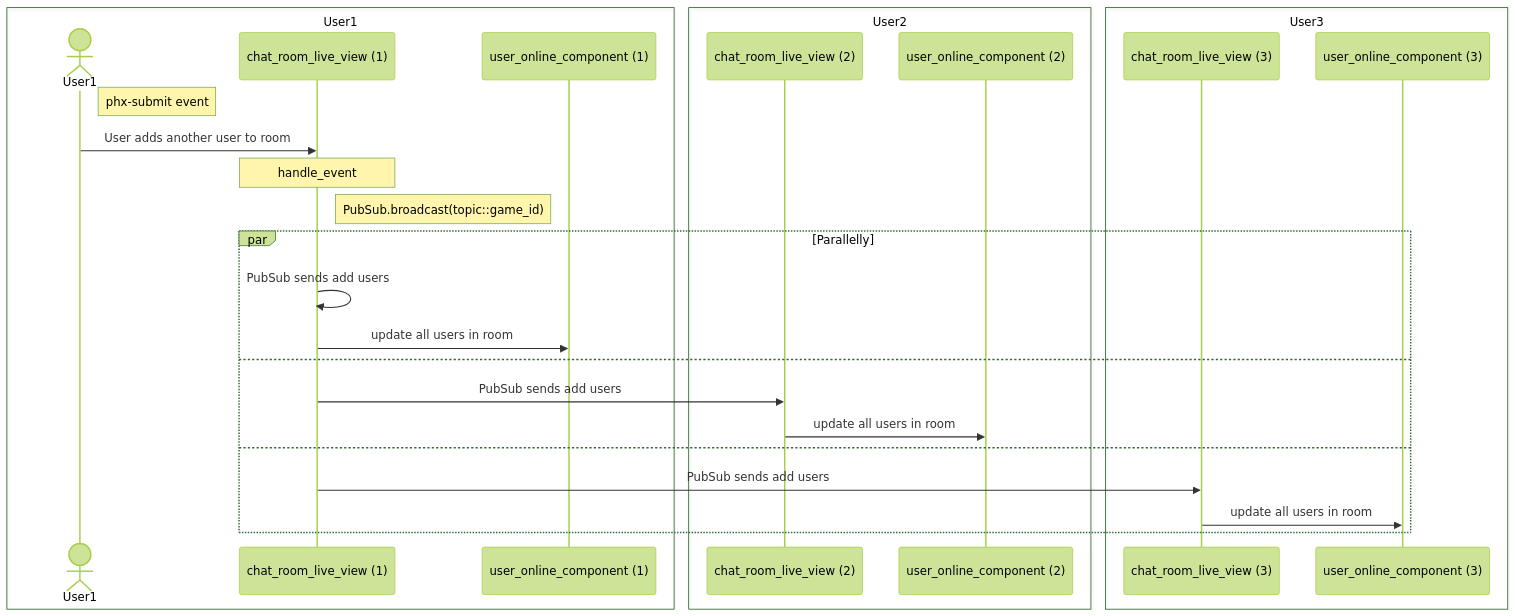
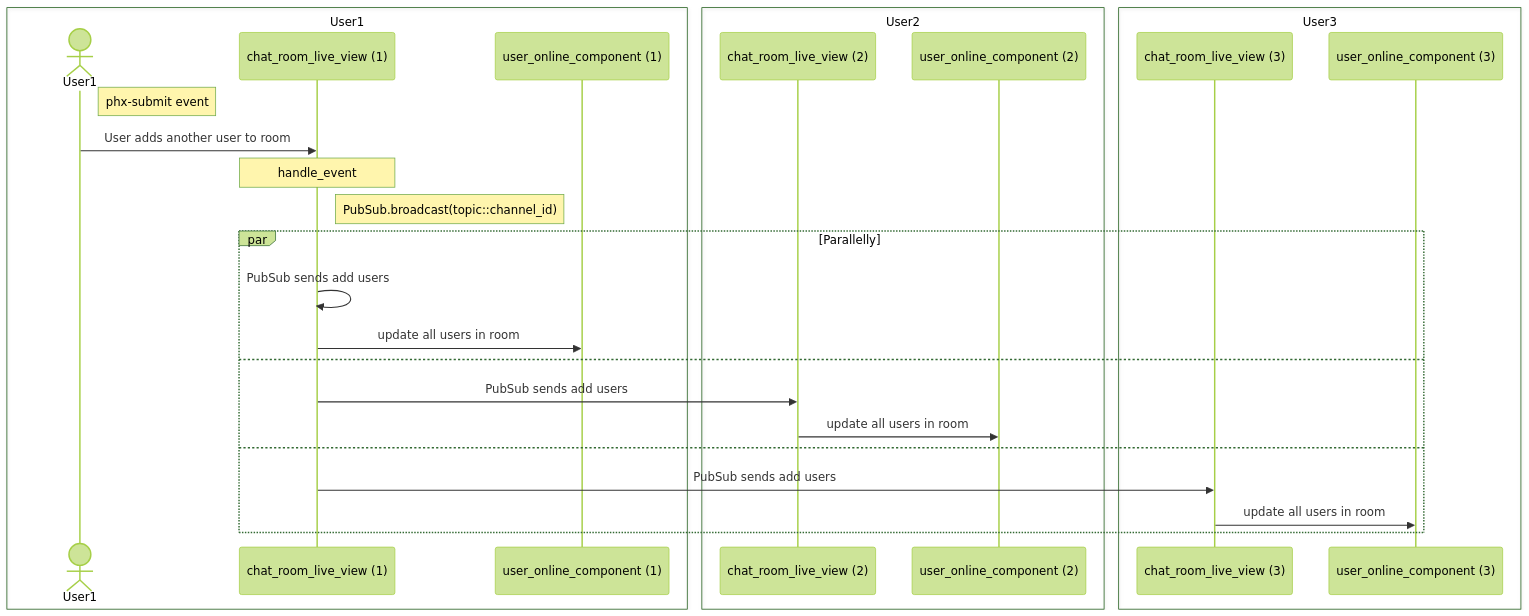
Before and after one commit to ohhi-vn/embedded_chat: the fourth of 5 diagrams in README.md, drawn with Mermaid (forest theme). The commit also changed other lines of this file and 9 other files, not shown here.

Commit message:
rename 'game' to 'channel'

````diff
--- a/README.md
+++ b/README.md
@@ -131,30 +131,30 @@
 ```mermaid
 sequenceDiagram
     box User1
     actor User1
     participant chat_room_live_view (1)
     participant user_online_component (1)
     end
     box User2
     participant chat_room_live_view (2)
     participant user_online_component (2)
     end
     box User3
     participant chat_room_live_view (3)
     participant user_online_component (3)
     end
     Note right of User1: phx-submit event
     User1->>chat_room_live_view (1): User adds another user to room
     Note over chat_room_live_view (1): handle_event
-    Note right of chat_room_live_view (1): PubSub.broadcast(topic::game_id)
+    Note right of chat_room_live_view (1): PubSub.broadcast(topic::channel_id)
     par Parallelly
     chat_room_live_view (1)->>chat_room_live_view (1): PubSub sends add users
     chat_room_live_view (1)->>user_online_component (1): update all users in room
     and
     chat_room_live_view (1)->>chat_room_live_view (2): PubSub sends add users
     chat_room_live_view (2)->>user_online_component (2): update all users in room
     and
     chat_room_live_view (1)->>chat_room_live_view (3): PubSub sends add users
     chat_room_live_view (3)->>user_online_component (3): update all users in room
     end
 ```
````
